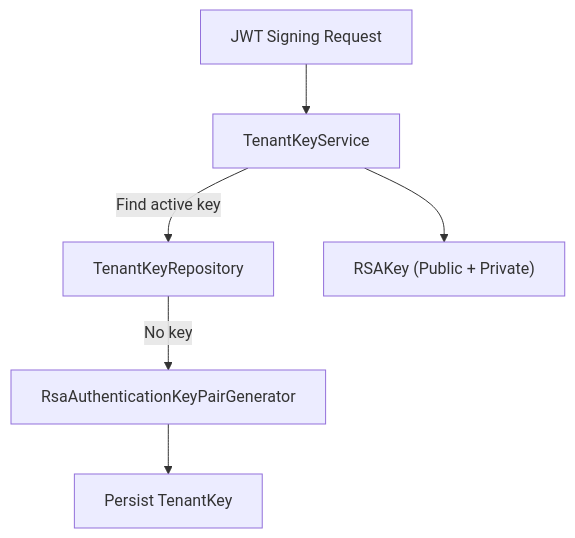
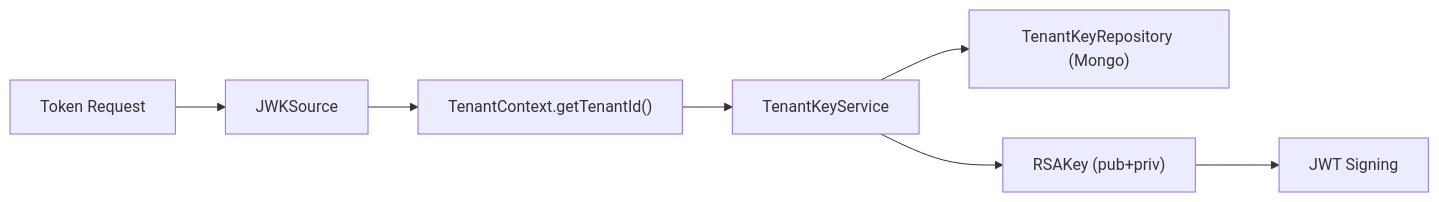
Before and after one commit to flamingo-stack/openframe-oss-lib: the third of 6 diagrams in docs/reference/architecture/authorization-service-core/authorization-service-core.md, drawn with Mermaid. The commit also changed other lines of this file and 212 other files, not shown here.

````diff
--- a/docs/reference/architecture/authorization-service-core/authorization-service-core.md
+++ b/docs/reference/architecture/authorization-service-core/authorization-service-core.md
@@ -123,10 +110,9 @@
 ```mermaid
-flowchart TD
-    JWTRequest["JWT Signing Request"] --> KeyService["TenantKeyService"]
-    KeyService -->|"Find active key"| Repo["TenantKeyRepository"]
-
-    Repo -->|"No key"| Generator["RsaAuthenticationKeyPairGenerator"]
-    Generator --> Store["Persist TenantKey"]
-
-    KeyService --> RSAKey["RSAKey (Public + Private)"]
+flowchart LR
+    TokenReq["Token Request"] --> JWKSource["JWKSource"]
+    JWKSource --> TenantCtx["TenantContext.getTenantId()"]
+    TenantCtx --> KeySvc["TenantKeyService"]
+    KeySvc --> Repo["TenantKeyRepository (Mongo)"]
+    KeySvc --> RSA["RSAKey (pub+priv)"]
+    RSA --> Sign["JWT Signing"]
 ```
````
